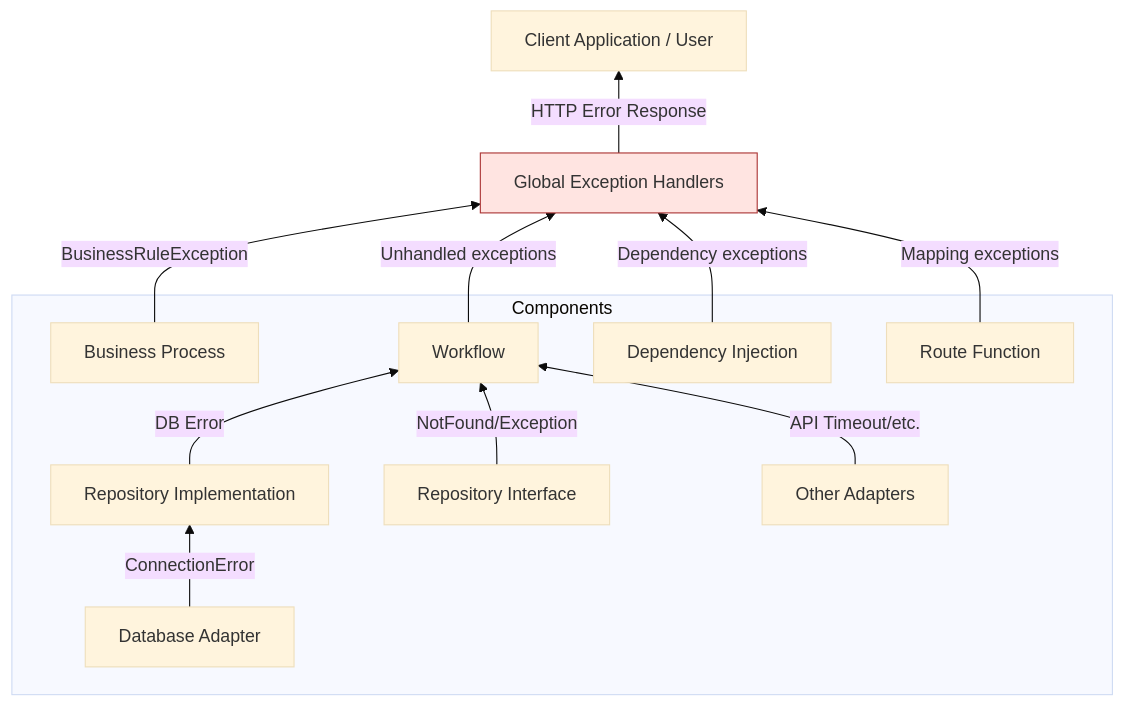
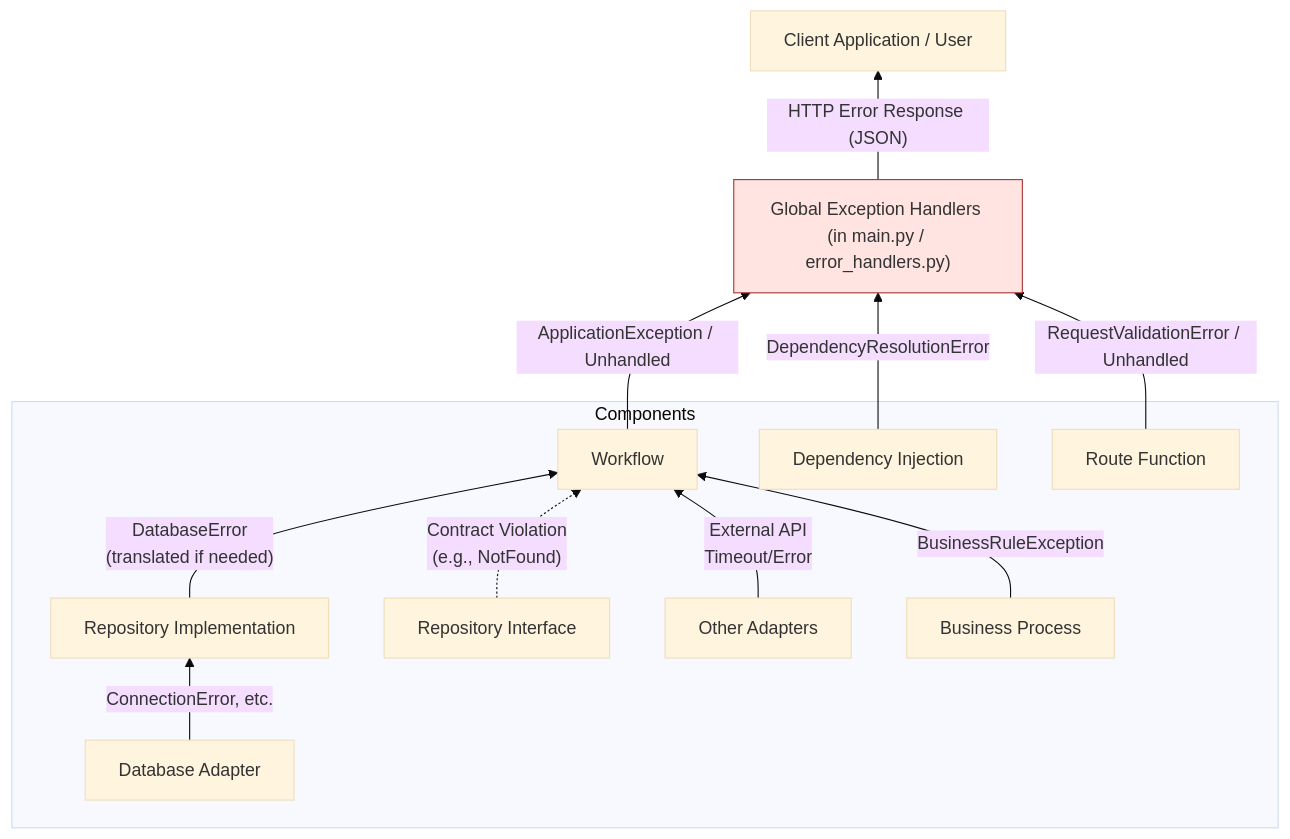
The fourth of 4 diagrams in architecture-guide.md (bluedevilx/ai-driven-development), drawn with Mermaid (base theme) before and after one commit. The commit also changed other lines of this file, not shown here.

````diff
--- a/architecture-guide.md
+++ b/architecture-guide.md
@@ -254,29 +255,29 @@
 ```mermaid
 flowchart BT
-    U[Client Application / User]
-    EH[Global Exception Handlers]
+    U["Client Application / User"]
+    EH["Global Exception Handlers (in main.py / error_handlers.py)"]
 
     subgraph Components
-        DA[Database Adapter]
-        RImpl[Repository Implementation]
-        RI[Repository Interface]
-        OTH[Other Adapters]
-        BP[Business Process]
-        WF[Workflow]
-        DI[Dependency Injection]
-        RR[Route Function]
+        DA["Database Adapter"]
+        RImpl["Repository Implementation"]
+        RI["Repository Interface"]
+        OTH["Other Adapters"]
+        BP["Business Process"]
+        WF["Workflow"]
+        DI["Dependency Injection"]
+        RR["Route Function"]
     end
 
-    DA -->|"ConnectionError"| RImpl
-    RImpl -->|"DB Error"| WF
-    RI -->|"NotFound/Exception"| WF
-    OTH -->|"API Timeout/etc."| WF
-    BP -->|"BusinessRuleException"| EH
-    WF -->|"Unhandled exceptions"| EH
-    DI -->|"Dependency exceptions"| EH
-    RR -->|"Mapping exceptions"| EH
-    EH -->|"HTTP Error Response"| U
+    DA -->|"ConnectionError, etc."| RImpl
+    RImpl -->|"DatabaseError <br>(translated if needed)"| WF
+    RI -.->|"Contract Violation <br>(e.g., NotFound)"| WF
+    OTH -->|"External API <br>Timeout/Error"| WF
+    BP -->|"BusinessRuleException"| WF
+    WF -->|"ApplicationException / Unhandled"| EH
+    DI -->|"DependencyResolutionError"| EH
+    RR -->|"RequestValidationError / Unhandled"| EH
+    EH -->|"HTTP Error Response (JSON)"| U
 
     classDef handler fill:#ffe4e1,stroke:#a33,stroke-width:1px
     class EH handler
 ```
````
